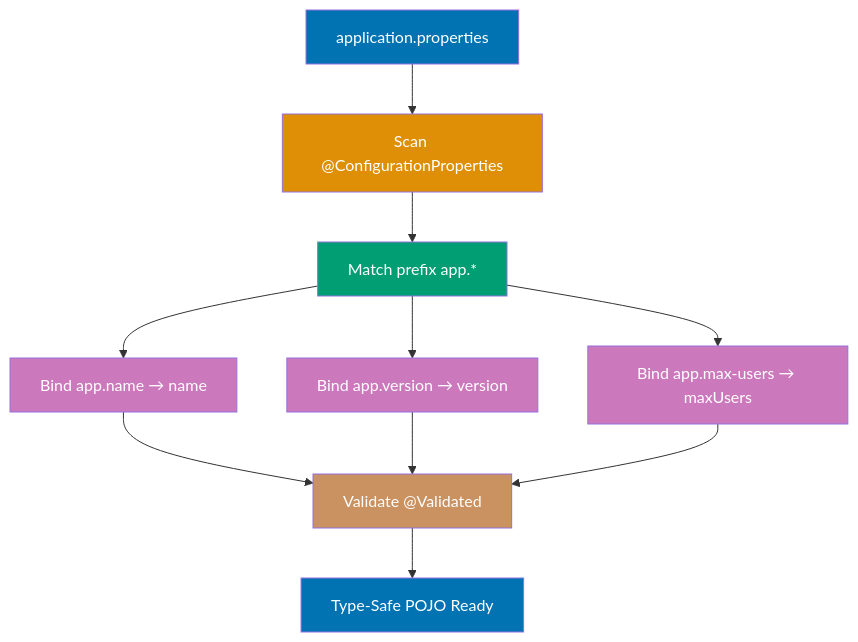
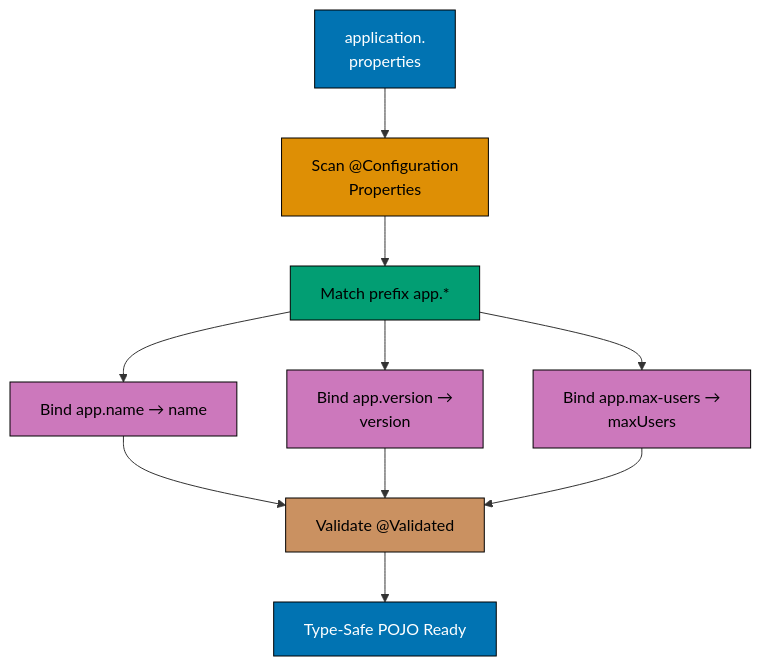
The eighth of 10 diagrams in apps/ayokoding-www/content/en/learn/legacy/software-engineering/platforms/web/tools/jvm-spring-boot/by-example/beginner.md (wahidyankf/ose-public), drawn with Mermaid before and after one commit. The commit also changed other lines of this file and 130 other files, not shown here.

First line of the commit message:
fix(mermaid): bring the legacy platforms diagrams onto the accessible palette

````diff
--- a/apps/ayokoding-www/content/en/learn/legacy/software-engineering/platforms/web/tools/jvm-spring-boot/by-example/beginner.md
+++ b/apps/ayokoding-www/content/en/learn/legacy/software-engineering/platforms/web/tools/jvm-spring-boot/by-example/beginner.md
@@ -2906,22 +2952,30 @@
 ```mermaid
 %% Color Palette: Blue #0173B2, Orange #DE8F05, Teal #029E73, Purple #CC78BC, Brown #CA9161
 graph TD
-    Props["application.properties"] --> Scan["Scan @ConfigurationProperties"]
+    accTitle: Spring Boot auto-configuration properties work same in Kotlin
+    accDescr: Graph with 8 nodes and 9 connections. Nodes: application. properties, Scan @Configuration Properties, Match prefix app.*, Bind app.name → name, Bind app.version → version, Bind app.max-users → maxUsers, Validate @Validated, Type-Safe POJO Ready. Connections: application. properties to Scan @Configuration Properties, Scan @Configuration Properties to Match prefix app.*, Match prefix app.* to Bind app.name → name, Match prefix app.* to Bind app.version → version, Match prefix app.* to Bind app.max-users → maxUsers, Bind app.name → name to Validate @Validated, Bind app.version → version to Validate @Validated, Bind app.max-users → maxUsers to Validate @Validated, Validate @Validated to Type-Safe POJO Ready.
+    Props["application.<br/>properties"] --> Scan["Scan @Configuration<br/>Properties"]
     Scan --> Match["Match prefix app.*"]
     Match --> Bind1["Bind app.name → name"]
-    Match --> Bind2["Bind app.version → version"]
-    Match --> Bind3["Bind app.max-users → maxUsers"]
+    Match --> Bind2["Bind app.version →<br/>version"]
+    Match --> Bind3["Bind app.max-users →<br/>maxUsers"]
     Bind1 --> Validate["Validate @Validated"]
     Bind2 --> Validate
     Bind3 --> Validate
     Validate --> POJO["Type-Safe POJO Ready"]
 
-    style Props fill:#0173B2,color:#fff
-    style Scan fill:#DE8F05,color:#fff
-    style Match fill:#029E73,color:#fff
-    style Bind1 fill:#CC78BC,color:#fff
-    style Bind2 fill:#CC78BC,color:#fff
-    style Bind3 fill:#CC78BC,color:#fff
-    style Validate fill:#CA9161,color:#fff
-    style POJO fill:#0173B2,color:#fff
+    classDef pal-0173B2 fill:#0173B2,stroke:#000000,color:#FFFFFF
+    class Props pal-0173B2
+    classDef pal-DE8F05 fill:#DE8F05,stroke:#000000,color:#000000
+    class Scan pal-DE8F05
+    classDef pal-029E73 fill:#029E73,stroke:#000000,color:#000000
+    class Match pal-029E73
+    classDef pal-CC78BC fill:#CC78BC,stroke:#000000,color:#000000
+    class Bind1 pal-CC78BC
+    class Bind2 pal-CC78BC
+    class Bind3 pal-CC78BC
+    classDef pal-CA9161 fill:#CA9161,stroke:#000000,color:#000000
+    class Validate pal-CA9161
+    class POJO pal-0173B2
+    classDef default fill:#FFFFFF,stroke:#000000,color:#000000
 ```
````
